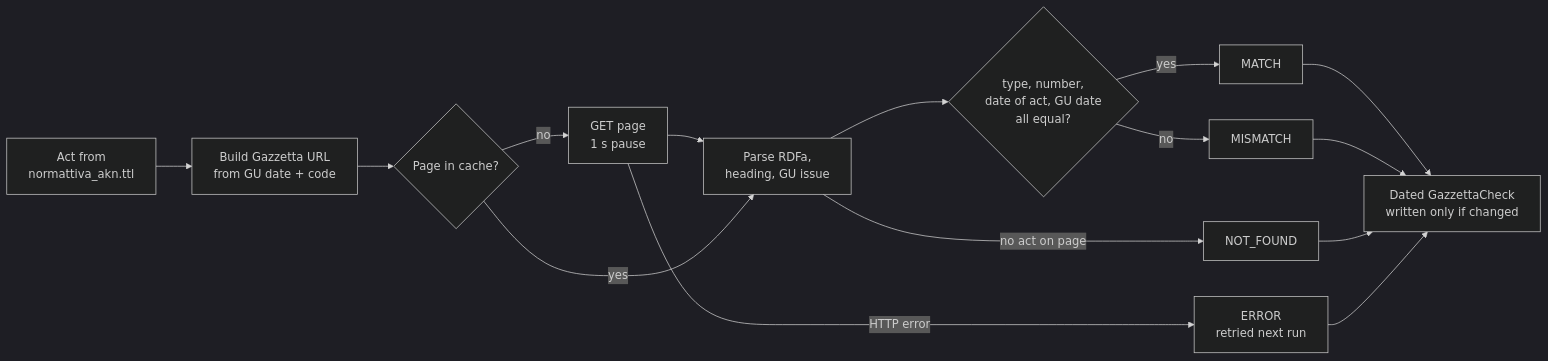
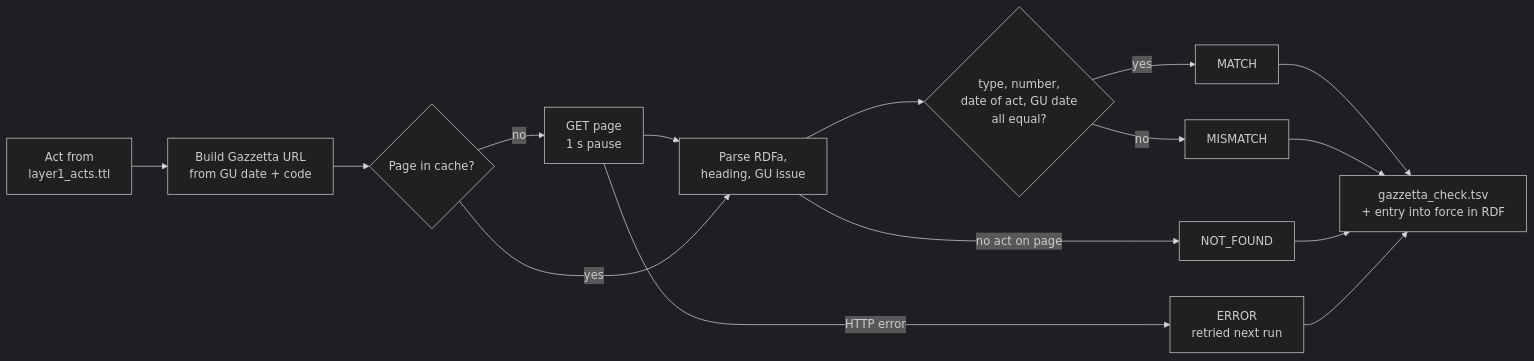
One commit to arvind088/Crawlar-gazzettaufficial changed the second of 3 diagrams in docs/API.md. Above: the diagram before and after it, drawn with Mermaid (dark theme). The commit also changed other lines of this file and 33 other files, not shown here.

````diff
--- a/docs/API.md
+++ b/docs/API.md
@@ -131,13 +131,13 @@
 ```mermaid
 flowchart LR
-    A[Act from<br/>normattiva_akn.ttl] --> U[Build Gazzetta URL<br/>from GU date + code]
+    A[Act from<br/>layer1_acts.ttl] --> U[Build Gazzetta URL<br/>from GU date + code]
     U --> C{Page in cache?}
     C -->|no| F[GET page<br/>1 s pause] --> P
     C -->|yes| P[Parse RDFa,<br/>heading, GU issue]
     P --> M{type, number,<br/>date of act, GU date<br/>all equal?}
     M -->|yes| OK[MATCH]
     M -->|no| MM[MISMATCH]
     P -->|no act on page| NF[NOT_FOUND]
     F -->|HTTP error| ER[ERROR<br/>retried next run]
-    OK & MM & NF & ER --> W[Dated GazzettaCheck<br/>written only if changed]
+    OK & MM & NF & ER --> W[gazzetta_check.tsv<br/>+ entry into force in RDF]
 ```
````
